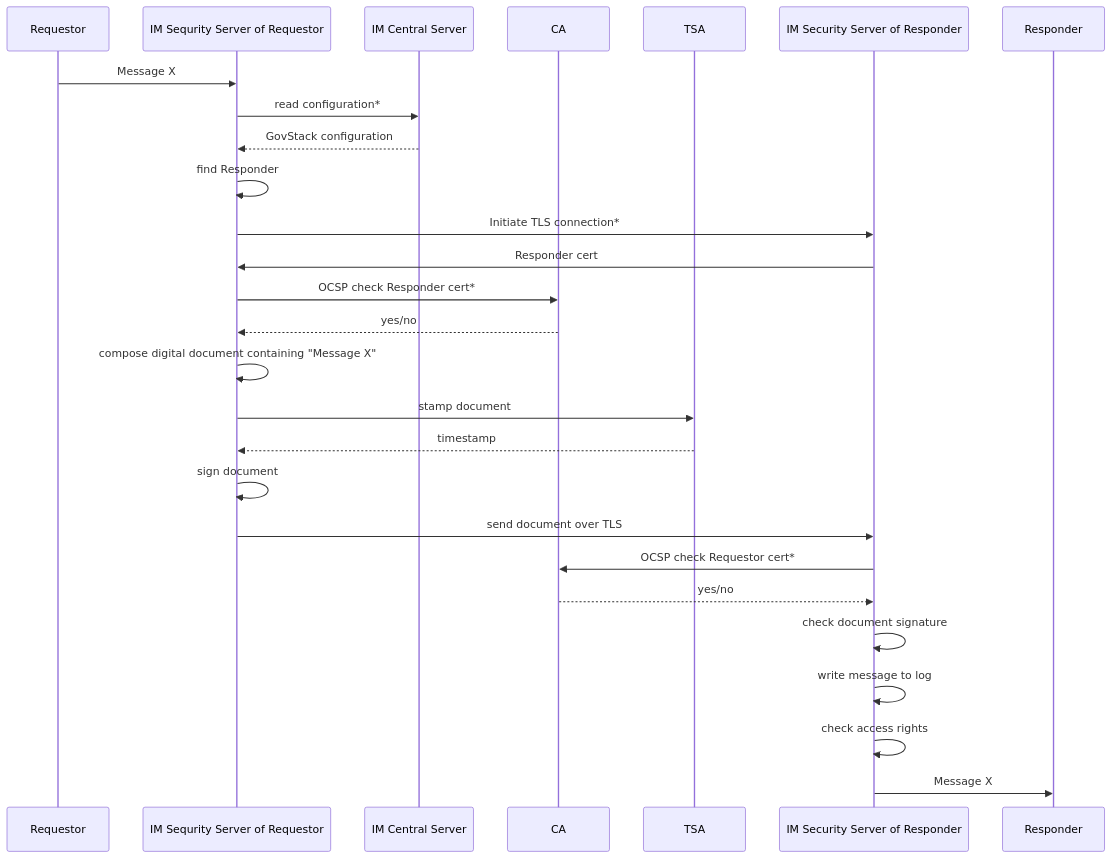
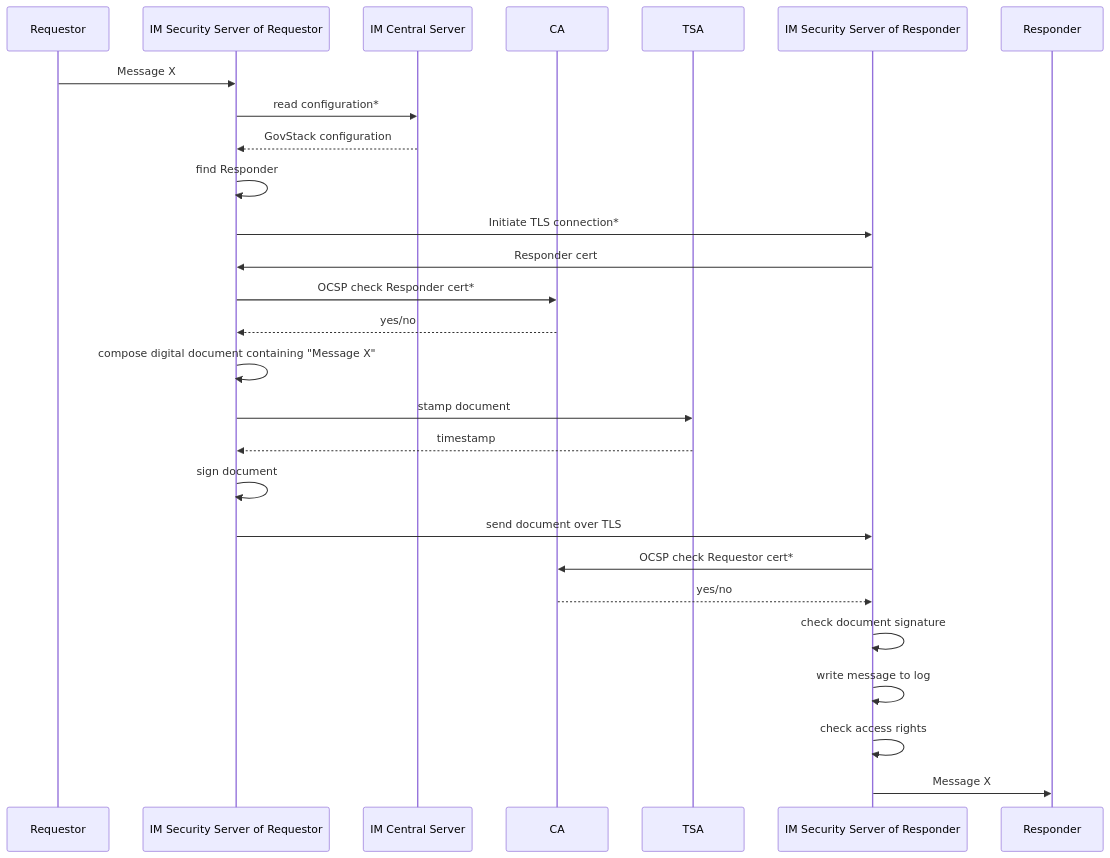
Before and after one commit to GovStackWorkingGroup/bb-information-mediator: the first of 5 diagrams in spec/11-workflows.md, drawn with Mermaid. The commit also changed other lines of this file, not shown here.

````diff
--- a/spec/11-workflows.md
+++ b/spec/11-workflows.md
@@ -9,29 +9,29 @@
 ```mermaid
 sequenceDiagram
 participant Requestor﻿
-participant SS1 as IM Sequrity Server of Requestor
+participant SS1 as IM Security Server of Requestor
 participant CS as IM Central Server
 participant CA as CA
 participant TSA as TSA
 participant SS2 as IM Security Server of Responder
 participant Responder
 Requestor ->> SS1 : Message X
 SS1 ->> CS : read configuration*
 CS -->> SS1 : GovStack configuration
 SS1 ->> SS1 : find Responder
 SS1 ->> SS2 : Initiate TLS connection*
 SS2 ->> SS1 : Responder cert
 SS1 ->> CA : OCSP check Responder cert*
 CA -->> SS1 : yes/no
 SS1 ->> SS1 : compose digital document containing "Message X"
 SS1 ->> TSA : stamp document
 TSA -->> SS1: timestamp
 SS1 ->> SS1 : sign document
 SS1 ->> SS2 : send document over TLS
 SS2 ->> CA : OCSP check Requestor cert*
 CA -->> SS2 : yes/no
 SS2 ->> SS2 : check document signature
 SS2 ->> SS2 : write message to log
 SS2 ->> SS2 : check access rights
 SS2 ->> Responder : Message X
 ```
````
